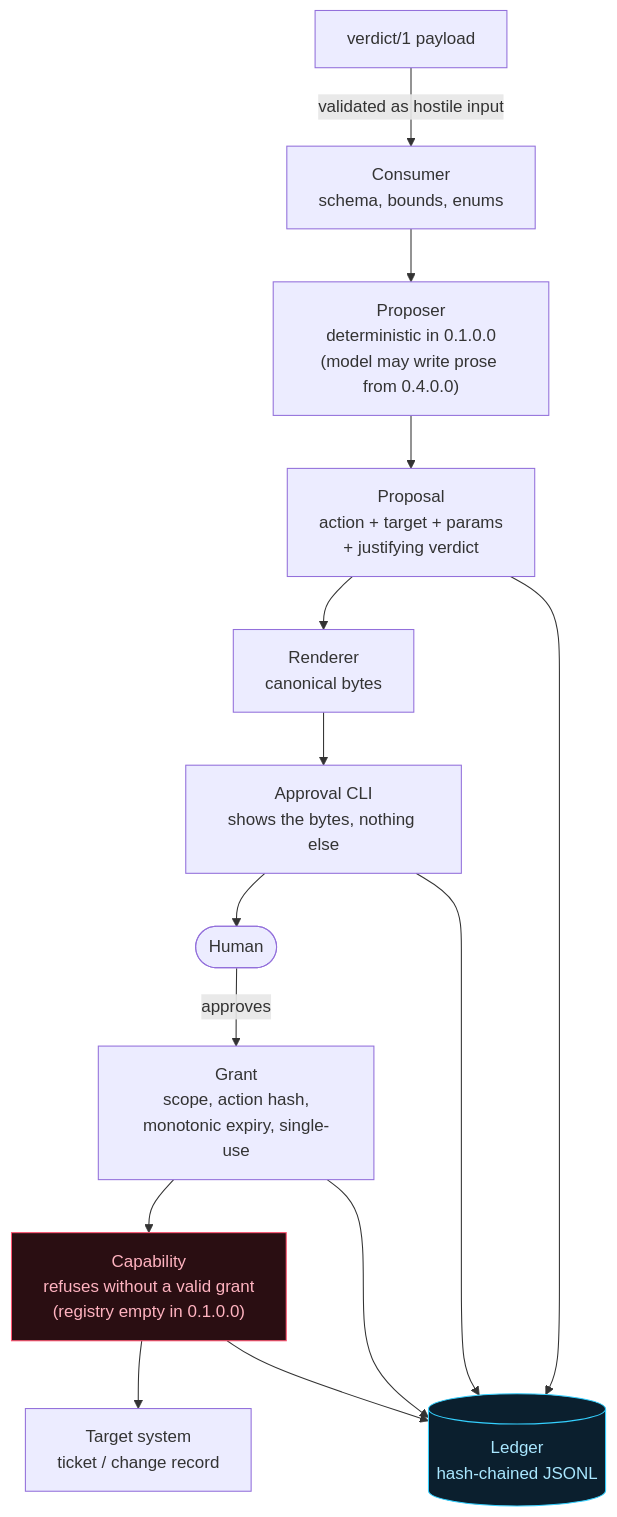
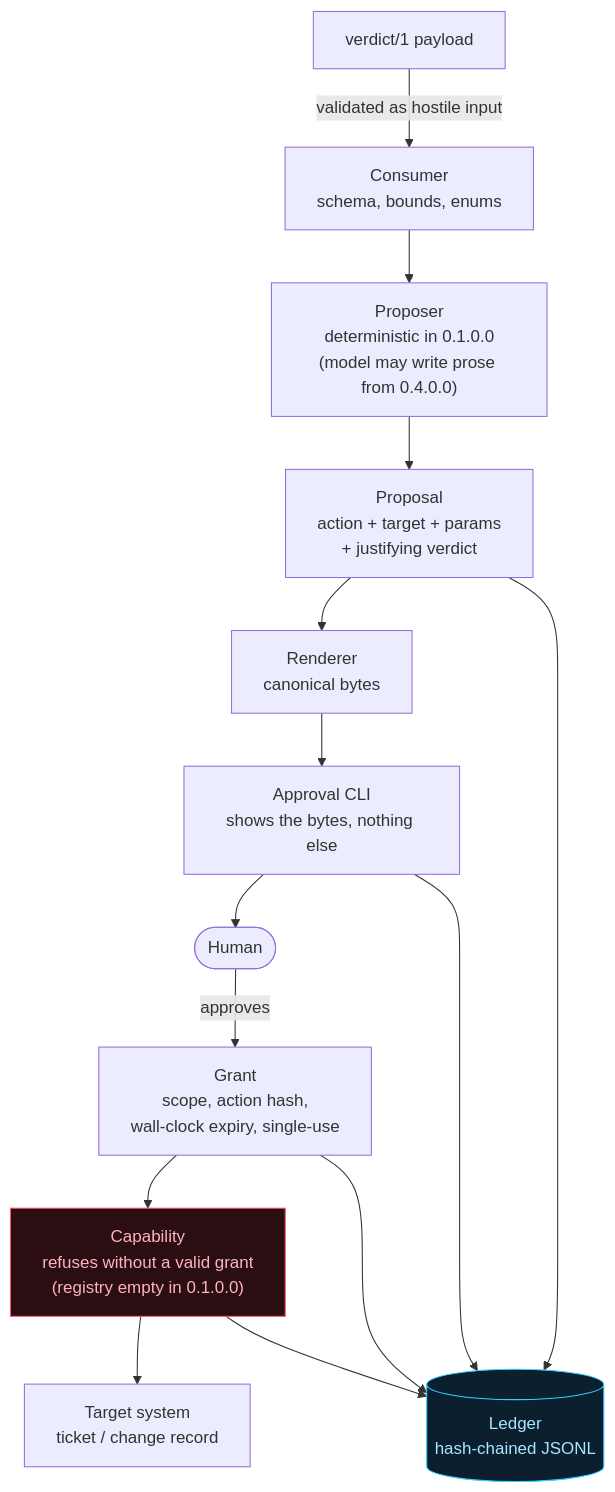
Before and after one commit to jerzy99jerzy/pirx: the second of 2 diagrams in docs/PIRX-PROJECT-BRIEF.md, drawn with Mermaid. The commit also changed other lines of this file and 18 other files, not shown here.

First line of the commit message:
fix(grant): expire on the wall clock 0.7.0.0 chose (F60), refuse a spend clock before issuance

````diff
--- a/docs/PIRX-PROJECT-BRIEF.md
+++ b/docs/PIRX-PROJECT-BRIEF.md
@@ -215,19 +215,19 @@
 ```mermaid
 flowchart TB
     V["verdict/1 payload"] -->|"validated as hostile input"| C["Consumer<br/>schema, bounds, enums"]
     C --> PR["Proposer<br/>deterministic in 0.1.0.0<br/>(model may write prose from 0.4.0.0)"]
     PR --> PP["Proposal<br/>action + target + params<br/>+ justifying verdict"]
     PP --> RN["Renderer<br/>canonical bytes"]
     RN --> AP["Approval CLI<br/>shows the bytes, nothing else"]
     AP --> H(["Human"])
-    H -->|approves| G["Grant<br/>scope, action hash,<br/>monotonic expiry, single-use"]
+    H -->|approves| G["Grant<br/>scope, action hash,<br/>wall-clock expiry, single-use"]
     G --> CAP["Capability<br/>refuses without a valid grant<br/>(registry empty in 0.1.0.0)"]
     CAP --> T["Target system<br/>ticket / change record"]
     CAP --> L[("Ledger<br/>hash-chained JSONL")]
     G --> L
     PP --> L
     AP --> L
 
     style CAP fill:#2a0e12,stroke:#ff5370,color:#ffb3c0
     style L fill:#0b1f2e,stroke:#34d0ff,color:#a9e7ff
 ```
````
